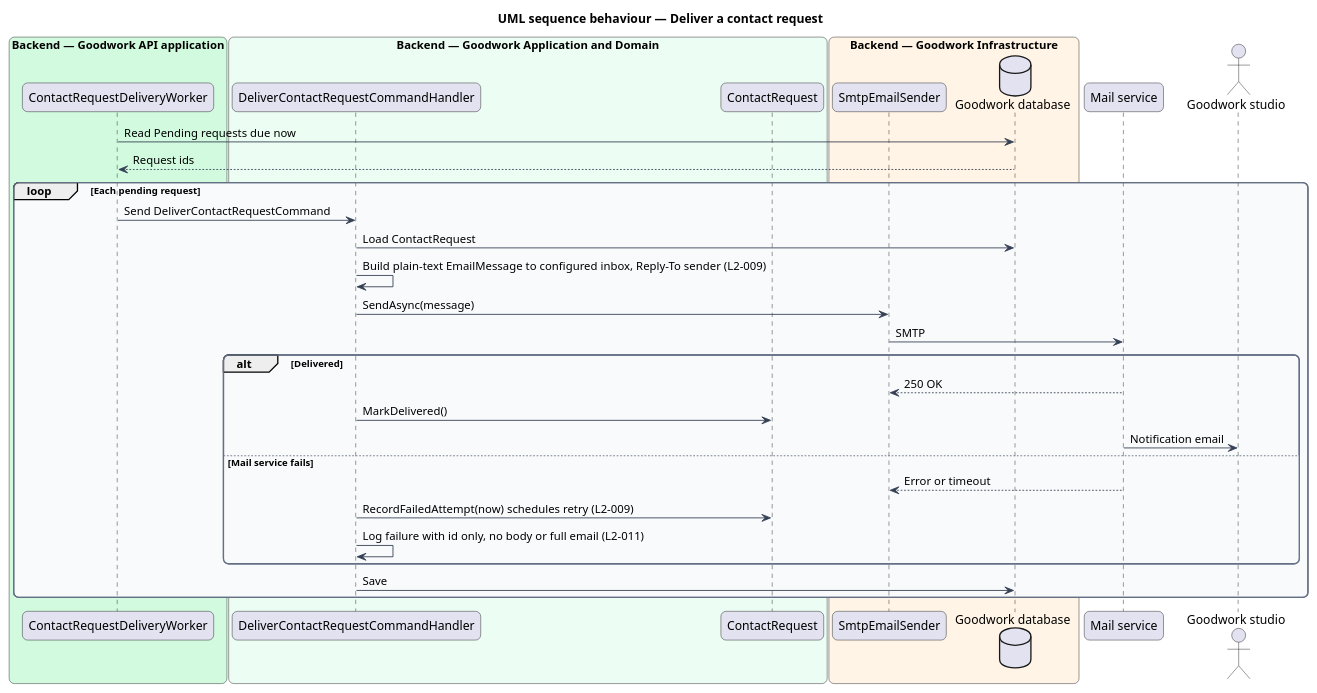
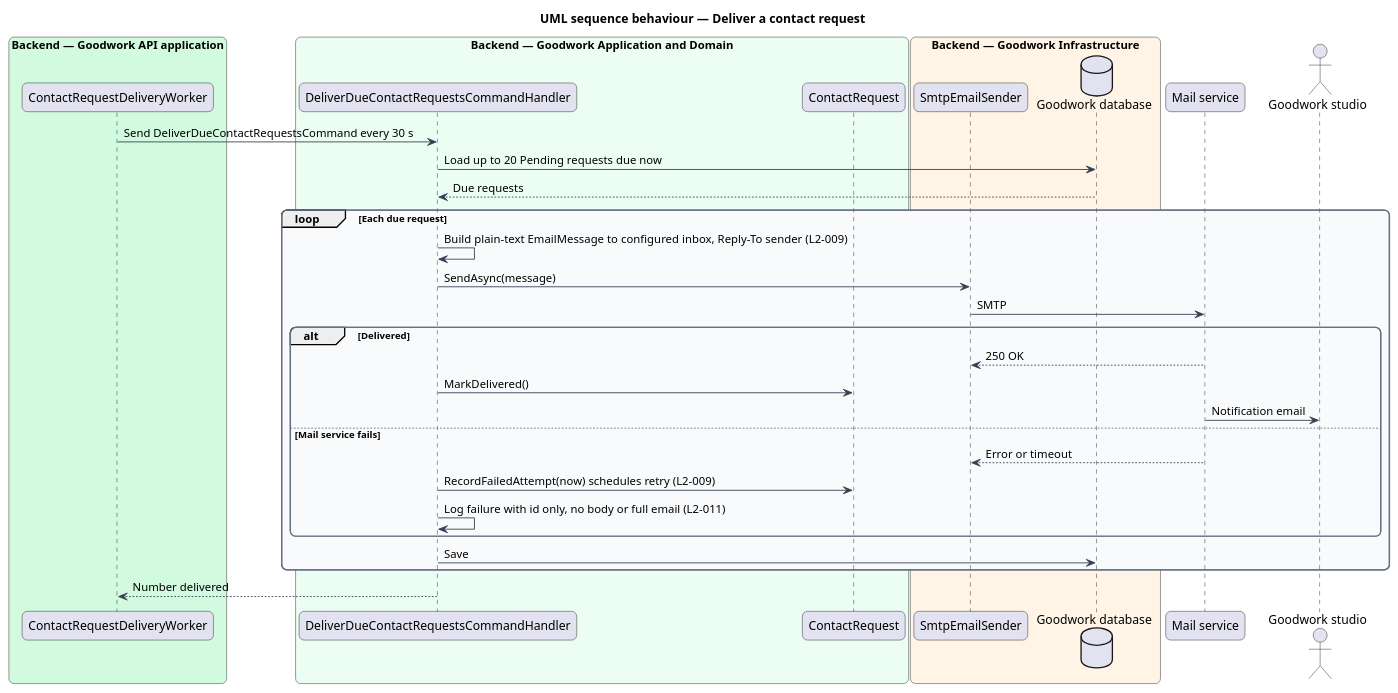
The diagram in docs/detailed-designs/contact/deliver-contact-request/diagrams/sequence-deliver.puml (QuinntyneBrown/goodwork), drawn with PlantUML before and after one commit. The commit also changed 196 other files, not shown here.

```diff
--- a/docs/detailed-designs/contact/deliver-contact-request/diagrams/sequence-deliver.puml
+++ b/docs/detailed-designs/contact/deliver-contact-request/diagrams/sequence-deliver.puml
@@ -1,49 +1,49 @@
 @startuml
 title UML sequence behaviour — Deliver a contact request
 skinparam backgroundColor #FFFFFF
 skinparam shadowing false
 skinparam roundcorner 12
 skinparam defaultFontName Arial
 skinparam ArrowColor #344054
 skinparam rectangle {
   BorderColor #344054
   FontColor #101828
 }
 skinparam package {
   BorderColor #667085
   FontColor #101828
   BackgroundColor #F9FAFB
 }
 box "Backend — Goodwork API application" #D1FADF
   participant "ContactRequestDeliveryWorker" as worker
 end box
 box "Backend — Goodwork Application and Domain" #ECFDF3
-  participant "DeliverContactRequestCommandHandler" as handler
+  participant "DeliverDueContactRequestsCommandHandler" as handler
   participant "ContactRequest" as entity
 end box
 box "Backend — Goodwork Infrastructure" #FFF4E5
   participant "SmtpEmailSender" as sender
   database "Goodwork database" as db
 end box
 participant "Mail service" as mail
 actor "Goodwork studio" as studio
-worker -> db : Read Pending requests due now
-db --> worker : Request ids
-loop Each pending request
-  worker -> handler : Send DeliverContactRequestCommand
-  handler -> db : Load ContactRequest
+worker -> handler : Send DeliverDueContactRequestsCommand every 30 s
+handler -> db : Load up to 20 Pending requests due now
+db --> handler : Due requests
+loop Each due request
   handler -> handler : Build plain-text EmailMessage to configured inbox, Reply-To sender (L2-009)
   handler -> sender : SendAsync(message)
   sender -> mail : SMTP
   alt Delivered
     mail --> sender : 250 OK
     handler -> entity : MarkDelivered()
     mail -> studio : Notification email
   else Mail service fails
     mail --> sender : Error or timeout
     handler -> entity : RecordFailedAttempt(now) schedules retry (L2-009)
     handler -> handler : Log failure with id only, no body or full email (L2-011)
   end
   handler -> db : Save
 end
+handler --> worker : Number delivered
 @enduml
```
